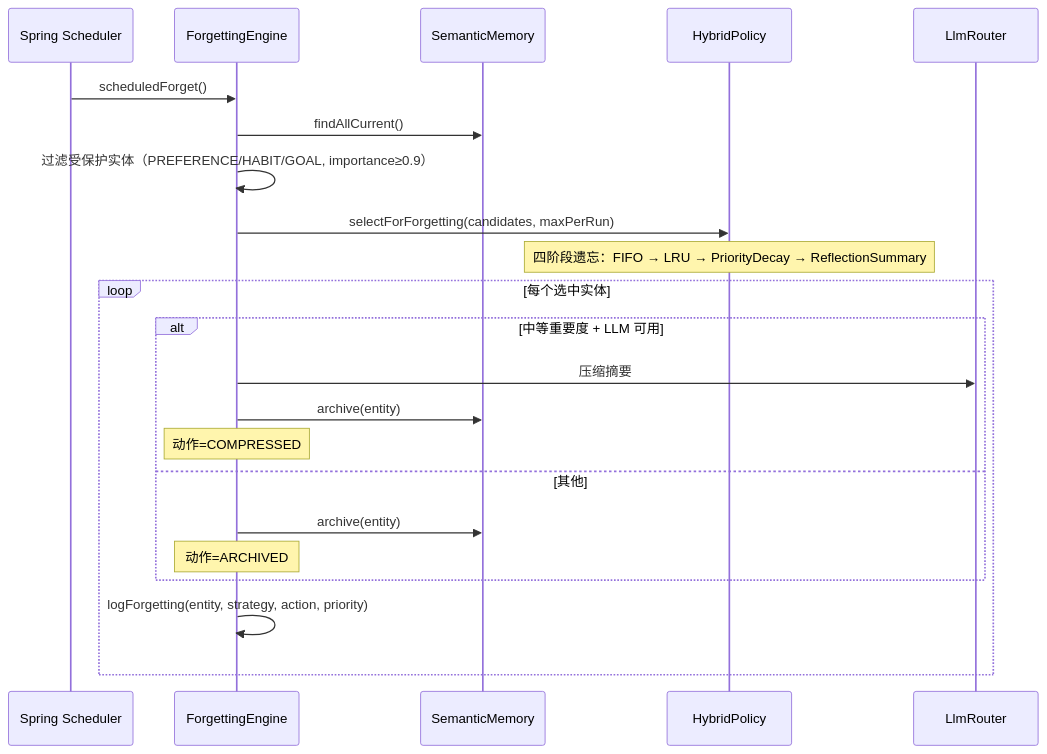
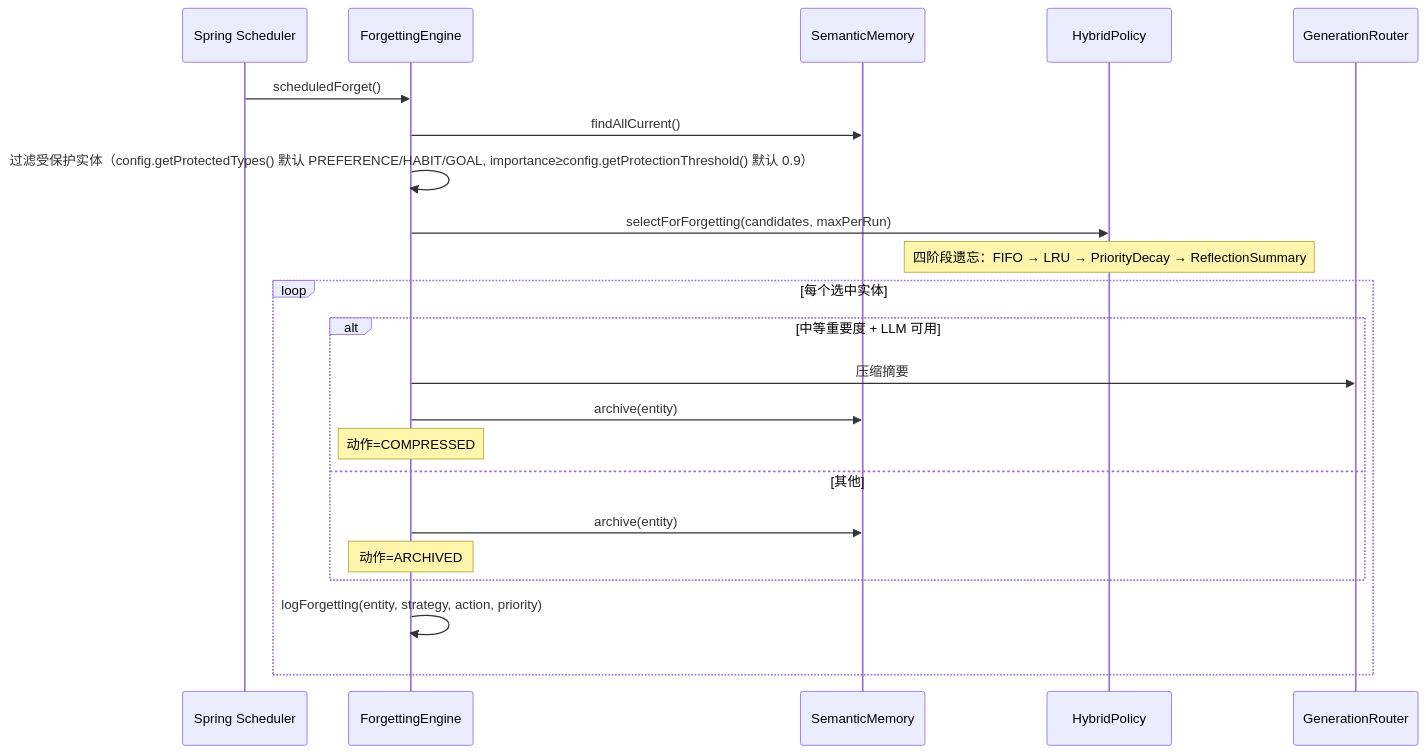
Before and after one commit to ntygod/LifePilot: the third of 3 diagrams in docs/architecture/memory-advanced.md, drawn with Mermaid. The commit also changed other lines of this file and 46 other files, not shown here.

````diff
--- a/docs/architecture/memory-advanced.md
+++ b/docs/architecture/memory-advanced.md
@@ -189,27 +189,27 @@
 ```mermaid
 sequenceDiagram
     participant SCH as Spring Scheduler
     participant FE as ForgettingEngine
     participant SM as SemanticMemory
     participant HP as HybridPolicy
-    participant LLM as LlmRouter
+    participant LLM as GenerationRouter
 
     SCH->>FE: scheduledForget()
     FE->>SM: findAllCurrent()
-    FE->>FE: 过滤受保护实体（PREFERENCE/HABIT/GOAL, importance≥0.9）
+    FE->>FE: 过滤受保护实体（config.getProtectedTypes() 默认 PREFERENCE/HABIT/GOAL, importance≥config.getProtectionThreshold() 默认 0.9）
 
     FE->>HP: selectForForgetting(candidates, maxPerRun)
     Note over HP: 四阶段遗忘：FIFO → LRU → PriorityDecay → ReflectionSummary
 
     loop 每个选中实体
         alt 中等重要度 + LLM 可用
             FE->>LLM: 压缩摘要
             FE->>SM: archive(entity)
             Note over FE: 动作=COMPRESSED
         else 其他
             FE->>SM: archive(entity)
             Note over FE: 动作=ARCHIVED
         end
         FE->>FE: logForgetting(entity, strategy, action, priority)
     end
 ```
````
